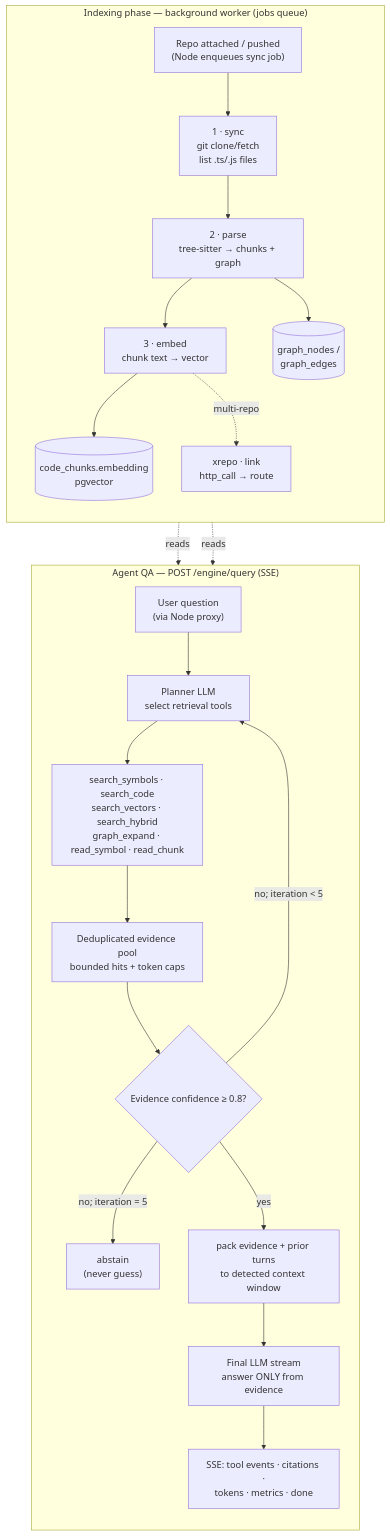
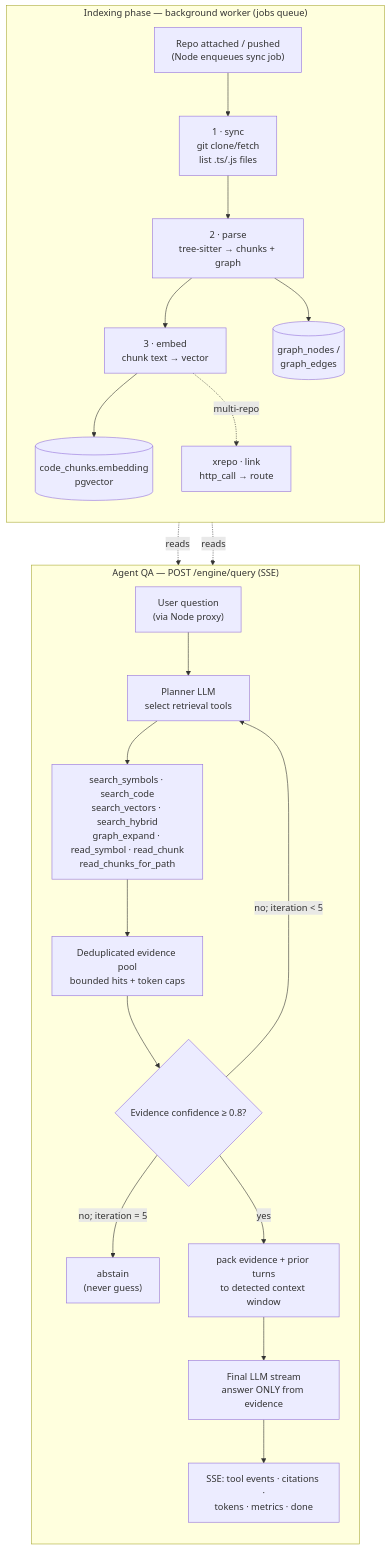
Before and after one commit to ashokduraik/CodeSage: the diagram in apps/engine/README.md, drawn with Mermaid. The commit also changed other lines of this file and 13 other files, not shown here.

Commit message:
Make read_chunks_for_path span-windowed so large-file drill-down reaches cited regions.

````diff
--- a/apps/engine/README.md
+++ b/apps/engine/README.md
@@ -23,28 +23,28 @@
 ```mermaid
 flowchart TB
   subgraph INDEX["Indexing phase — background worker (jobs queue)"]
     direction TB
     A["Repo attached / pushed<br/>(Node enqueues sync job)"] --> S["1 · sync<br/>git clone/fetch<br/>list .ts/.js files"]
     S --> P["2 · parse<br/>tree-sitter → chunks + graph"]
     P --> E["3 · embed<br/>chunk text → vector"]
     P --> G[("graph_nodes /<br/>graph_edges")]
     E --> V[("code_chunks.embedding<br/>pgvector")]
     E -. "multi-repo" .-> X["xrepo · link<br/>http_call → route"]
   end
 
   subgraph QUERY["Agent QA — POST /engine/query (SSE)"]
     direction TB
     Q["User question<br/>(via Node proxy)"] --> PLAN["Planner LLM<br/>select retrieval tools"]
-    PLAN --> TOOLS["search_symbols · search_code<br/>search_vectors · search_hybrid<br/>graph_expand · read_symbol · read_chunk"]
+    PLAN --> TOOLS["search_symbols · search_code<br/>search_vectors · search_hybrid<br/>graph_expand · read_symbol · read_chunk<br/>read_chunks_for_path"]
     TOOLS --> POOL["Deduplicated evidence pool<br/>bounded hits + token caps"]
     POOL --> GATE{"Evidence confidence ≥ 0.8?"}
     GATE -- "no; iteration < 5" --> PLAN
     GATE -- "no; iteration = 5" --> AB["abstain<br/>(never guess)"]
     GATE -- "yes" --> PACK["pack evidence + prior turns<br/>to detected context window"]
     PACK --> LLM["Final LLM stream<br/>answer ONLY from evidence"]
     LLM --> SSE["SSE: tool events · citations ·<br/>tokens · metrics · done"]
   end
 
   V -. "reads" .-> TOOLS
   G -. "reads" .-> TOOLS
 ```
````
